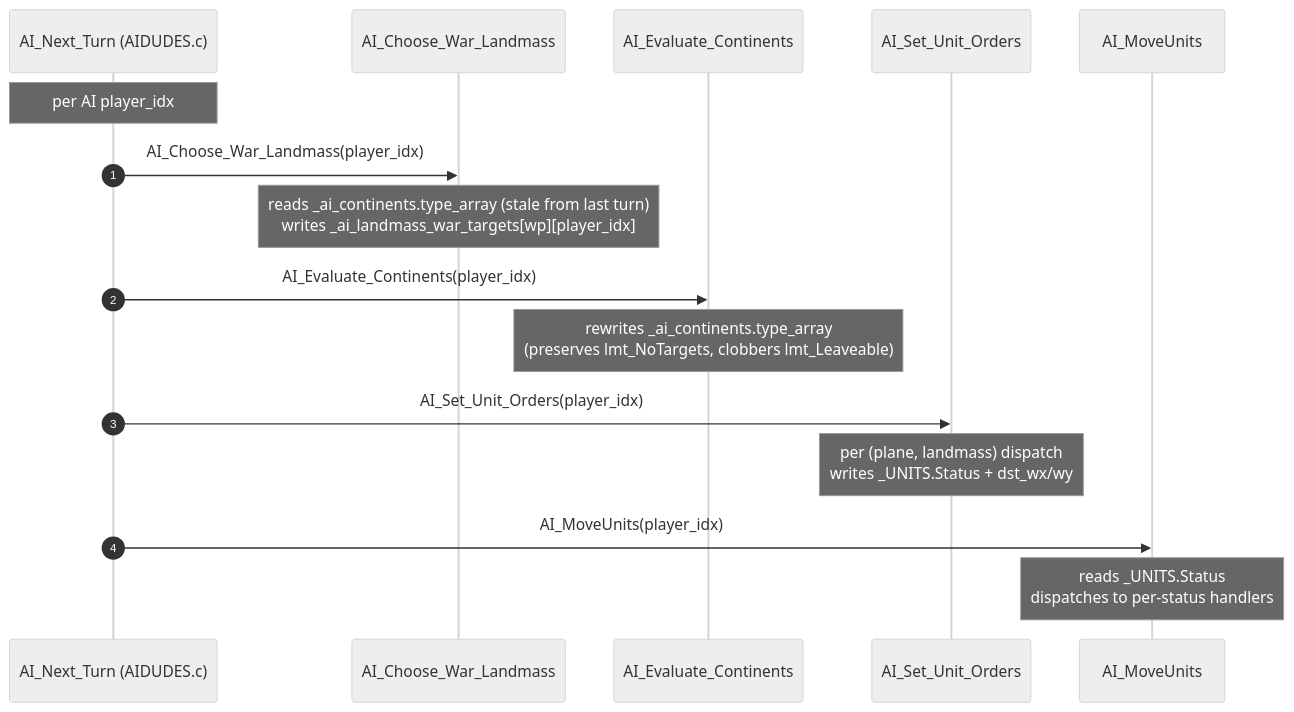
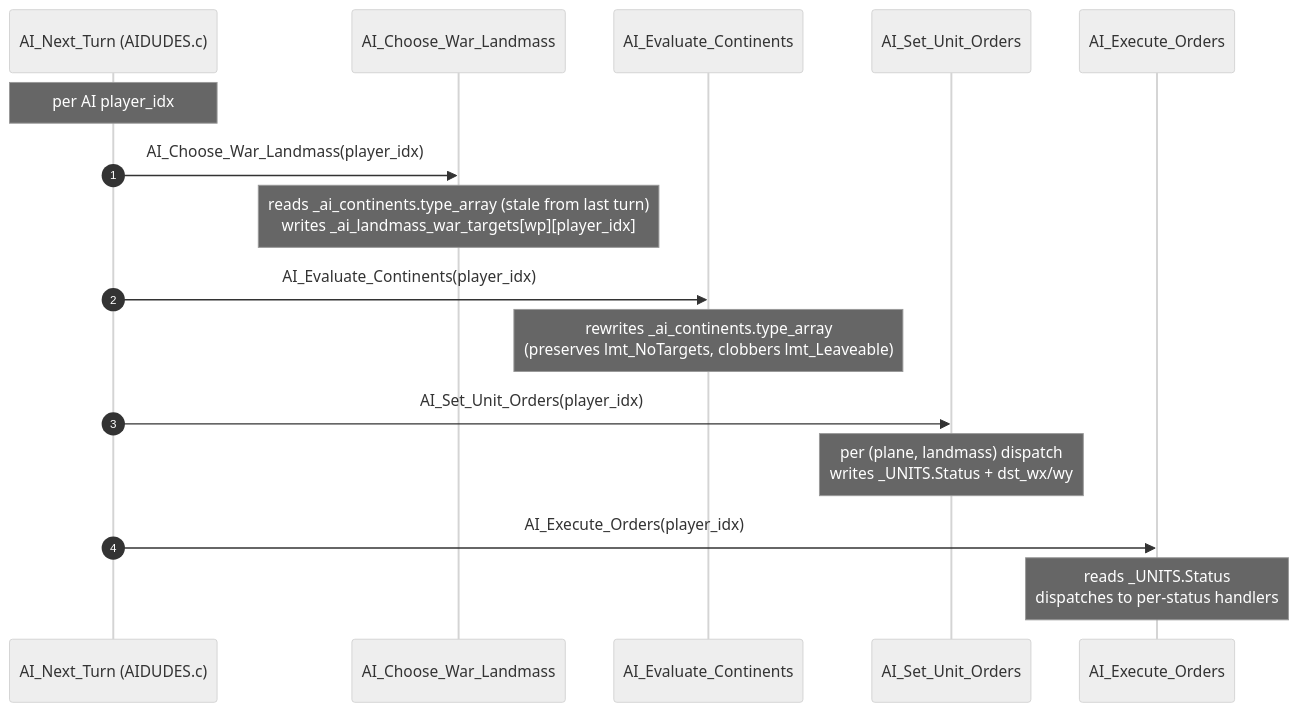
Before and after one commit to jbalcomb/ReMoM: the first of 3 diagrams in doc/ComputerPlayer/AI-Turn-Diagrams.md, drawn with Mermaid (neutral theme). The commit also changed other lines of this file and 13 other files, not shown here.

Commit message:
done-done AI_Execute_Orders()

````diff
--- a/doc/ComputerPlayer/AI-Turn-Diagrams.md
+++ b/doc/ComputerPlayer/AI-Turn-Diagrams.md
@@ -13,19 +13,19 @@
 ```mermaid
 sequenceDiagram
     autonumber
     participant Driver as AI_Next_Turn (AIDUDES.c)
     participant Choose as AI_Choose_War_Landmass
     participant Eval as AI_Evaluate_Continents
     participant Orders as AI_Set_Unit_Orders
-    participant Move as AI_MoveUnits
+    participant Move as AI_Execute_Orders
 
     Note over Driver: per AI player_idx
     Driver->>Choose: AI_Choose_War_Landmass(player_idx)
     Note over Choose: reads _ai_continents.type_array (stale from last turn)<br/>writes _ai_landmass_war_targets[wp][player_idx]
     Driver->>Eval: AI_Evaluate_Continents(player_idx)
     Note over Eval: rewrites _ai_continents.type_array<br/>(preserves lmt_NoTargets, clobbers lmt_Leaveable)
     Driver->>Orders: AI_Set_Unit_Orders(player_idx)
     Note over Orders: per (plane, landmass) dispatch<br/>writes _UNITS.Status + dst_wx/wy
-    Driver->>Move: AI_MoveUnits(player_idx)
+    Driver->>Move: AI_Execute_Orders(player_idx)
     Note over Move: reads _UNITS.Status<br/>dispatches to per-status handlers
 ```
````
